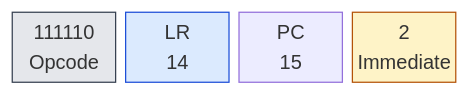
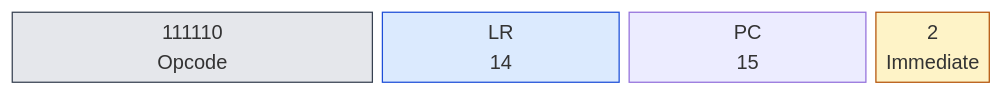
Before and after one commit to olfp/Deep16: the third of 4 diagrams in book/kap04.md, drawn with Mermaid. The commit also changed other lines of this file and 1 other file, not shown here.

Commit message:
book: Bitdiagramme Kap. 4 auf 16-Bit-Spalten (jede Box = Bitbreite) angeglichen

````diff
--- a/book/kap04.md
+++ b/book/kap04.md
@@ -246,14 +246,14 @@
 ```mermaid
 block-beta
-  columns 4
+  columns 16
   classDef op fill:#e5e7eb,stroke:#374151
   classDef reg fill:#dbeafe,stroke:#1d4ed8
   classDef imm fill:#fef3c7,stroke:#b45309
-  b0["111110<br/>Opcode"]:1
-  b1["LR<br/>14"]:1
-  b2["PC<br/>15"]:1
-  b3["2<br/>Immediate"]:1
+  b0["111110<br/>Opcode"]:6
+  b1["LR<br/>14"]:4
+  b2["PC<br/>15"]:4
+  b3["2<br/>Immediate"]:2
   class b0 op
   class b1 b2 reg
   class b3 imm
 ```
````
